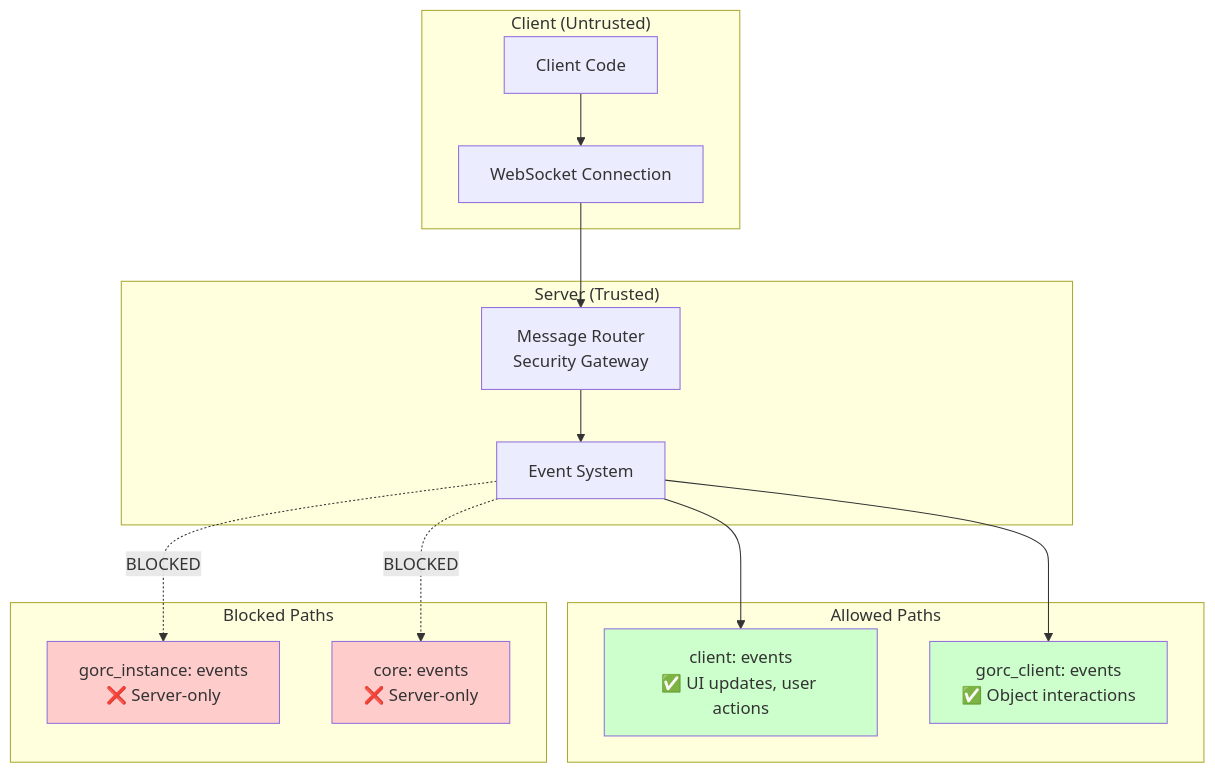
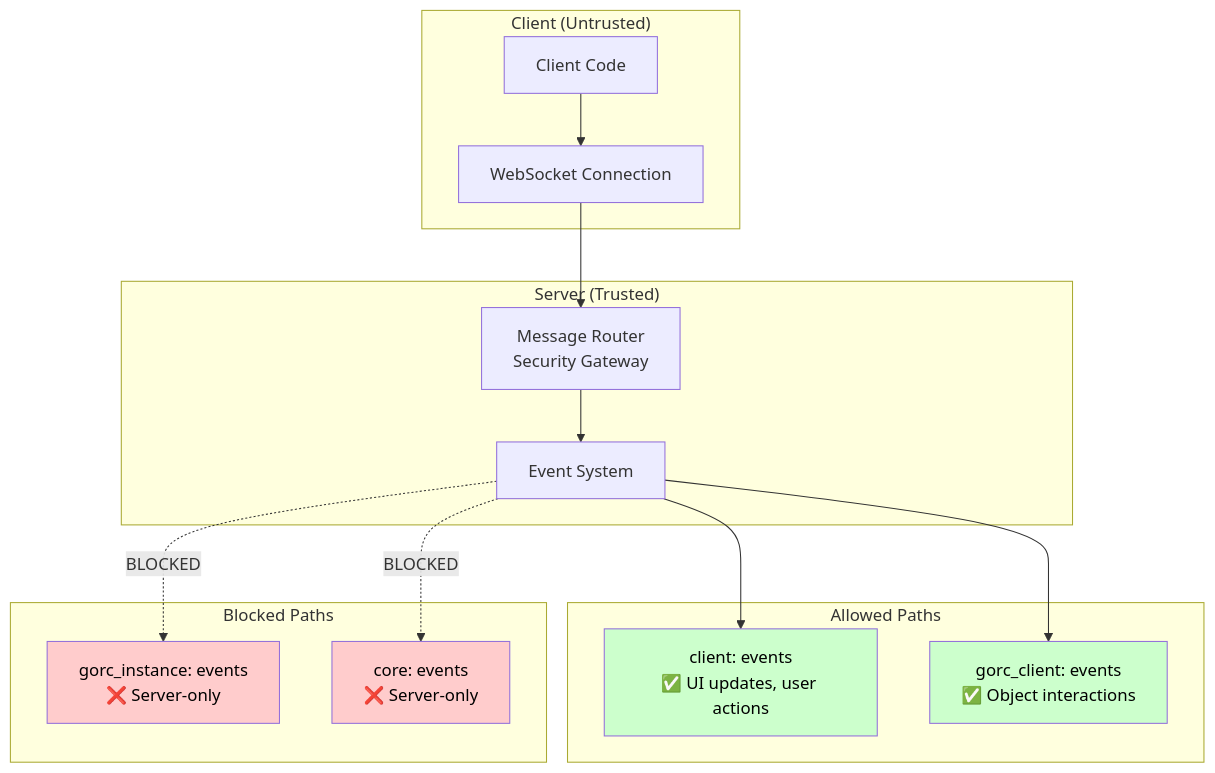
Before and after one commit to Far-Beyond-Dev/Horizon: the eighth of 8 diagrams in EVENT_SYSTEM_GUIDE.md, drawn with Mermaid. The commit also changed other lines of this file, not shown here.

````diff
--- a/EVENT_SYSTEM_GUIDE.md
+++ b/EVENT_SYSTEM_GUIDE.md
@@ -560,36 +560,36 @@
 ```mermaid
 graph TB
     subgraph "Client (Untrusted)"
         ClientCode[Client Code]
         WebSocket[WebSocket Connection]
     end
     
     subgraph "Server (Trusted)"
         MessageRouter[Message Router<br/>Security Gateway]
         EventSystem[Event System]
     end
     
     subgraph "Allowed Paths"
-        ClientEvents[client: events<br/>✅ UI updates, user actions]
-        GorcClientEvents[gorc_client: events<br/>✅ Object interactions]
+        ClientEvents[<span style="color:black">client: events<br/>✅ UI updates, user actions</span>]
+        GorcClientEvents[<span style="color:black">gorc_client: events<br/>✅ Object interactions</span>]
     end
     
     subgraph "Blocked Paths"  
-        GorcInstanceEvents[gorc_instance: events<br/>❌ Server-only]
-        CoreEvents[core: events<br/>❌ Server-only]
+        GorcInstanceEvents[<span style="color:black">gorc_instance: events<br/>❌ Server-only</span>]
+        CoreEvents[<span style="color:black">core: events<br/>❌ Server-only</span>]
     end
     
     ClientCode --> WebSocket
     WebSocket --> MessageRouter
     MessageRouter --> EventSystem
     EventSystem --> ClientEvents
     EventSystem --> GorcClientEvents
     
     EventSystem -.->|BLOCKED| GorcInstanceEvents
     EventSystem -.->|BLOCKED| CoreEvents
     
     style GorcInstanceEvents fill:#ffcccc
     style CoreEvents fill:#ffcccc
     style ClientEvents fill:#ccffcc
     style GorcClientEvents fill:#ccffcc
 ```
````
